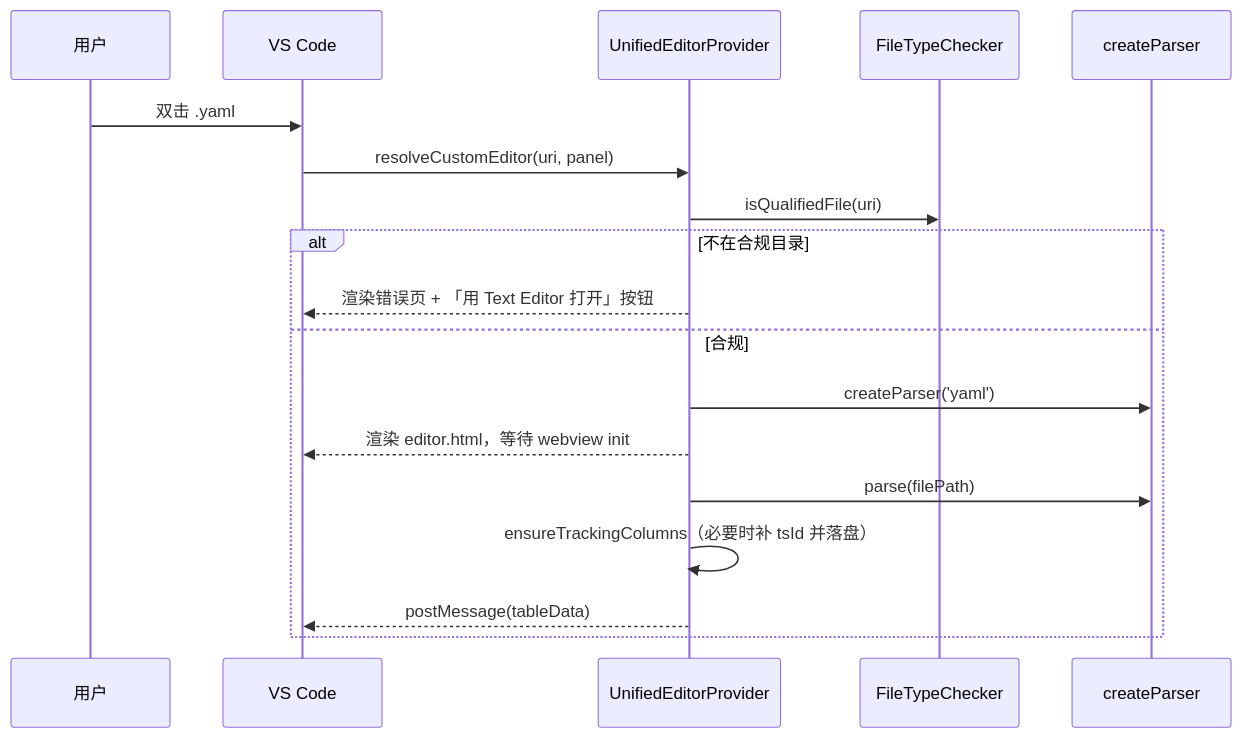
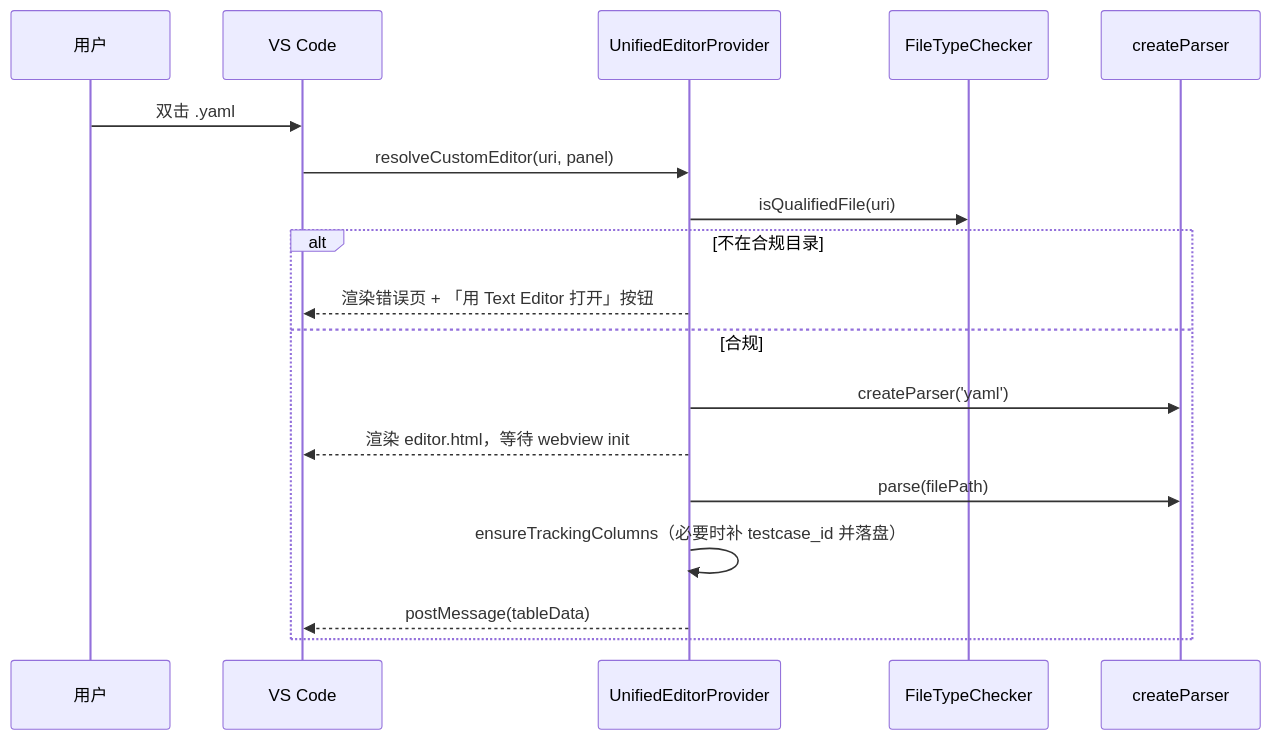
The third of 3 diagrams in 项目说明文档.md (IvyCloudy/workbench), drawn with Mermaid before and after one commit. The commit also changed other lines of this file and 2 other files, not shown here.

````diff
--- a/项目说明文档.md
+++ b/项目说明文档.md
@@ -134,21 +134,21 @@
 ```mermaid
 sequenceDiagram
     participant U as 用户
     participant VS as VS Code
     participant UEP as UnifiedEditorProvider
     participant FTC as FileTypeChecker
     participant Parser as createParser
 
     U->>VS: 双击 .yaml
     VS->>UEP: resolveCustomEditor(uri, panel)
     UEP->>FTC: isQualifiedFile(uri)
     alt 不在合规目录
         UEP-->>VS: 渲染错误页 + 「用 Text Editor 打开」按钮
     else 合规
         UEP->>Parser: createParser('yaml')
         UEP-->>VS: 渲染 editor.html，等待 webview init
         UEP->>Parser: parse(filePath)
-        UEP->>UEP: ensureTrackingColumns（必要时补 tsId 并落盘）
+        UEP->>UEP: ensureTrackingColumns（必要时补 testcase_id 并落盘）
         UEP-->>VS: postMessage(tableData)
     end
 ```
````
